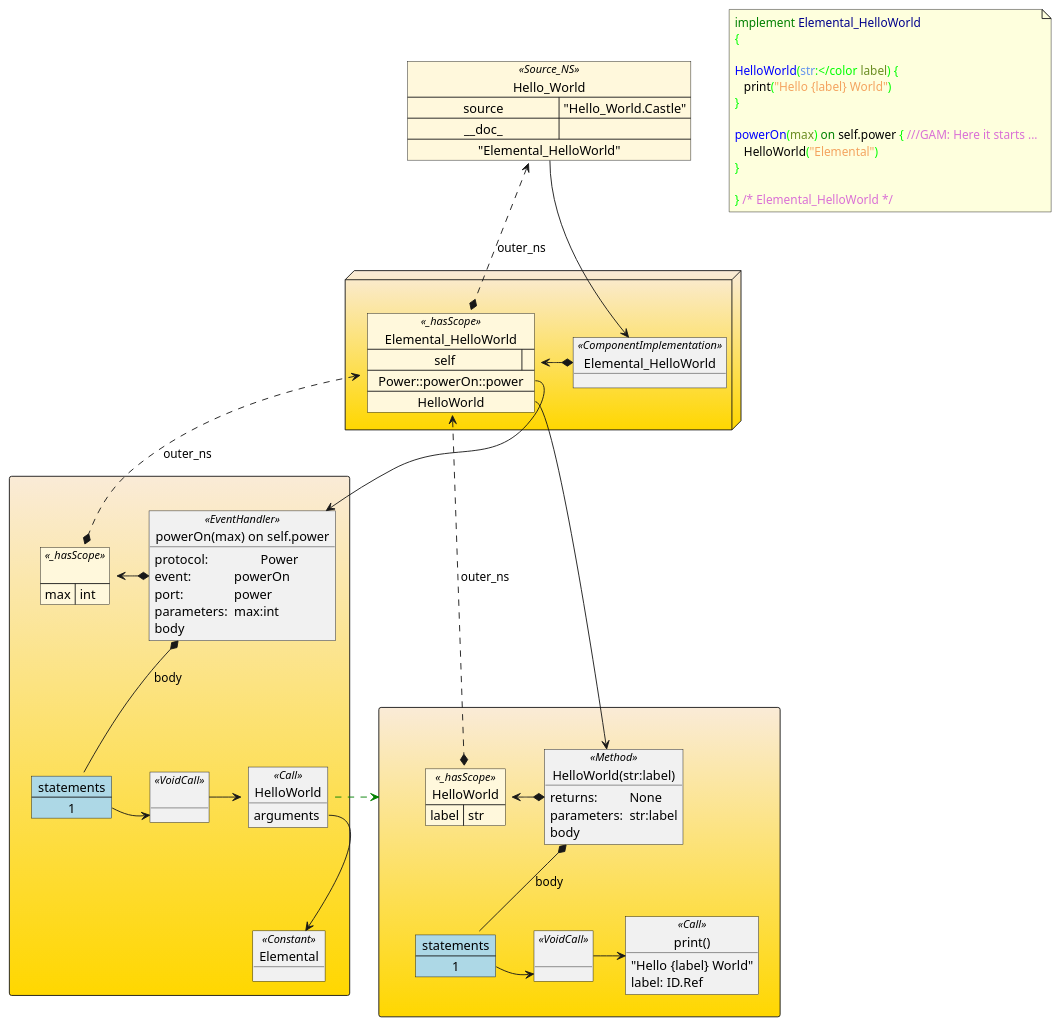
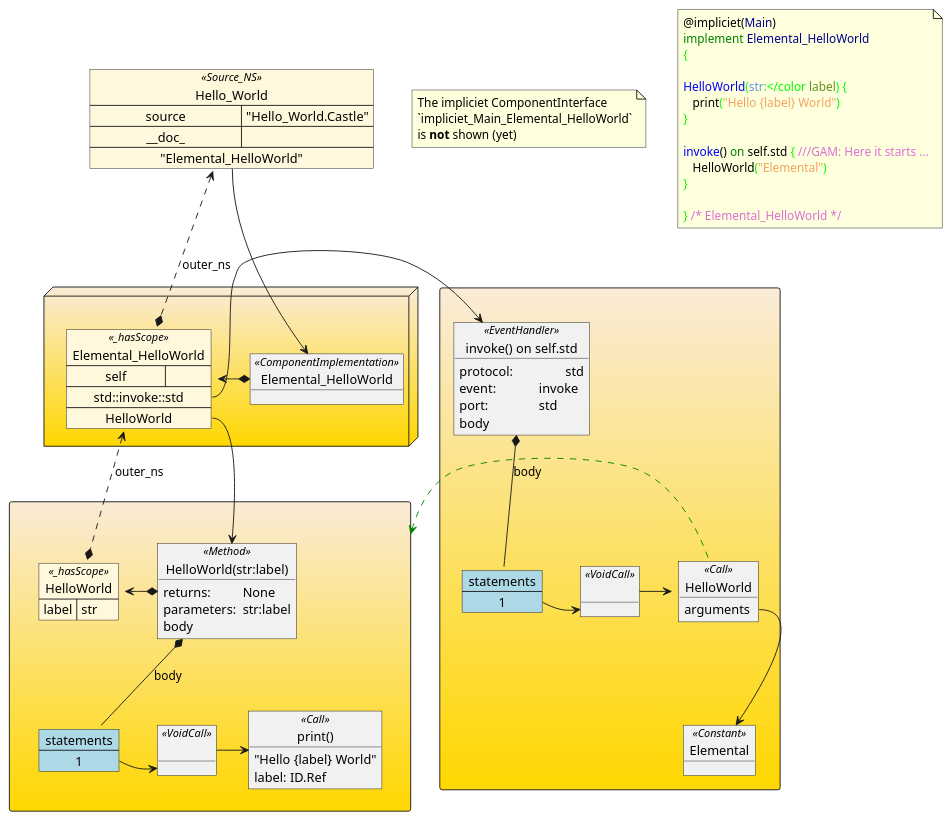
Before and after one commit to AlbertMietus/CCastle2.hg: the diagram in TestDoubles_packages/TestDoubles-HelloWorlds/doc/elemental.puml, drawn with PlantUML. The commit also changed 2 other files, not shown here.

Commit message:
TestDouble (elemental) HelloWorld updated to become a Main (Component)-- BUSY, mostly doc now

```diff
--- a/TestDoubles_packages/TestDoubles-HelloWorlds/doc/elemental.puml
+++ b/TestDoubles_packages/TestDoubles-HelloWorlds/doc/elemental.puml
@@ -1,107 +1,110 @@
 @startuml
 
 skinparam packageBackgroundColor  AntiqueWhite-Gold
 skinparam mapBackgroundColor      Cornsilk
 
 package " " as p_comp <<Node>> {
    object Elemental_HelloWorld  <<ComponentImplementation>> {
    }
 }
+
+note as N1
+     The impliciet ComponentInterface
+     `impliciet_Main_Elemental_HelloWorld`
+     is **not** shown (yet)
+end note
 
 package " " as p_m_HW <<Rectangle>>  {
    object "HelloWorld(str:label)" as HelloWorld <<Method>> {
      returns:		None
      parameters: 	str:label
      body
    }
 
    object " " as s11 <<VoidCall>>
    object "print()" as s12 <<Call>> {
      "Hello {label} World"
      label: ID.Ref
    }
    s11 ->s12
 }
 
-package " " as p_ev_power <<Rectangle>>   {
-   object "powerOn(max) on self.power" as powerOn <<EventHandler>> {
-     protocol:		Power
-     event:		powerOn
-     port:		power
-     parameters:	max:int
+package " " as std_invoke <<Rectangle>>   {
+   object "invoke() on self.std" as invoke <<EventHandler>> {
+     protocol:		std
+     event:		invoke
+     port:		std
      body
    }
 
    object "Elemental" as c1 <<Constant>>
    object " " as s21 <<VoidCall>>
    object "HelloWorld" as s22 <<Call>> {
      arguments
    }
     s22 .> p_m_HW #green
    s21 ->s22
    s22::arguments -->c1
 }
 
 
 map "Hello_World" as ns1 <<Source_NS>> {
   source 					=> "Hello_World.Castle"
   __doc_ 					=>
   "Elemental_HelloWorld" 	*--> Elemental_HelloWorld
 }
 
 package  p_comp {
    map "Elemental_HelloWorld" as ns2 <<_hasScope>> {
       self 					=>
-      Power::powerOn::power 	*->  powerOn
-      HelloWorld 				*->  HelloWorld
+      std::invoke::std 		*->  invoke
+      HelloWorld 			*->  HelloWorld
    }
    Elemental_HelloWorld *-> ns2
    ns1 <.* ns2: outer_ns
 }
+
 
 package p_m_HW {
    map "HelloWorld" as ns3 <<_hasScope>> {
       label => str
    }
    HelloWorld *-> ns3
    ns2 <..* ns3 : outer_ns
 }
 
-package p_ev_power {
-   map " " as ns4 <<_hasScope>> {
-      max => int
-   }
-   powerOn *-> ns4
-   ns2 <..* ns4 : outer_ns
-}
 
 package p_m_HW {
    map "statements" as  _HelloWorld_Body  #lightblue {
       1 *-> s11
    }
    HelloWorld 		*-- _HelloWorld_Body:body
 }
-package p_ev_power {
-   map "statements" as _powerOn_Body #lightblue{
+
+package std_invoke {
+   map "statements" as _invoke_Body #lightblue{
       1 *->s21
    }
-   powerOn *-- _powerOn_Body:body
+   invoke *-- _invoke_Body:body
 }
 
 
+
+
 note as N2
+@impliciet(<color:darkBlue>Main</color>)
 <color:green>implement</color> <color:darkBlue>Elemental_HelloWorld</color>
 <color:Lime>{</color>
 
 <color:Blue>HelloWorld</color><color:Lime>(</color><color:CornflowerBlue>str</color><color:Navy><color:Lime>:</color </color><color:OliveDrab>label</color><color:Lime>)</color> <color:Lime>{</color>
    print<color:Lime>(</color><color:Sandybrown>"Hello {label} World"</color><color:Lime>)</color>
 <color:Lime>}</color>
 
-<color:Blue>powerOn</color><color:Lime>(</color><color:OliveDrab>max</color><color:Lime>)</color> <color:green>on</color> self.power <color:Lime>{</color> <color:Orchid>///GAM: Here it starts ...</color>
+<color:Blue>invoke</color>() <color:green>on</color> self.std <color:Lime>{</color> <color:Orchid>///GAM: Here it starts ...</color>
    HelloWorld<color:Lime>(</color><color:Sandybrown>"Elemental"</color><color:Lime>)</color>
 <color:Lime>}</color>
 
 <color:Lime>}</color> <color:Orchid>/* Elemental_HelloWorld */</color>
 end note
 '<color:RED>
 @enduml
```
